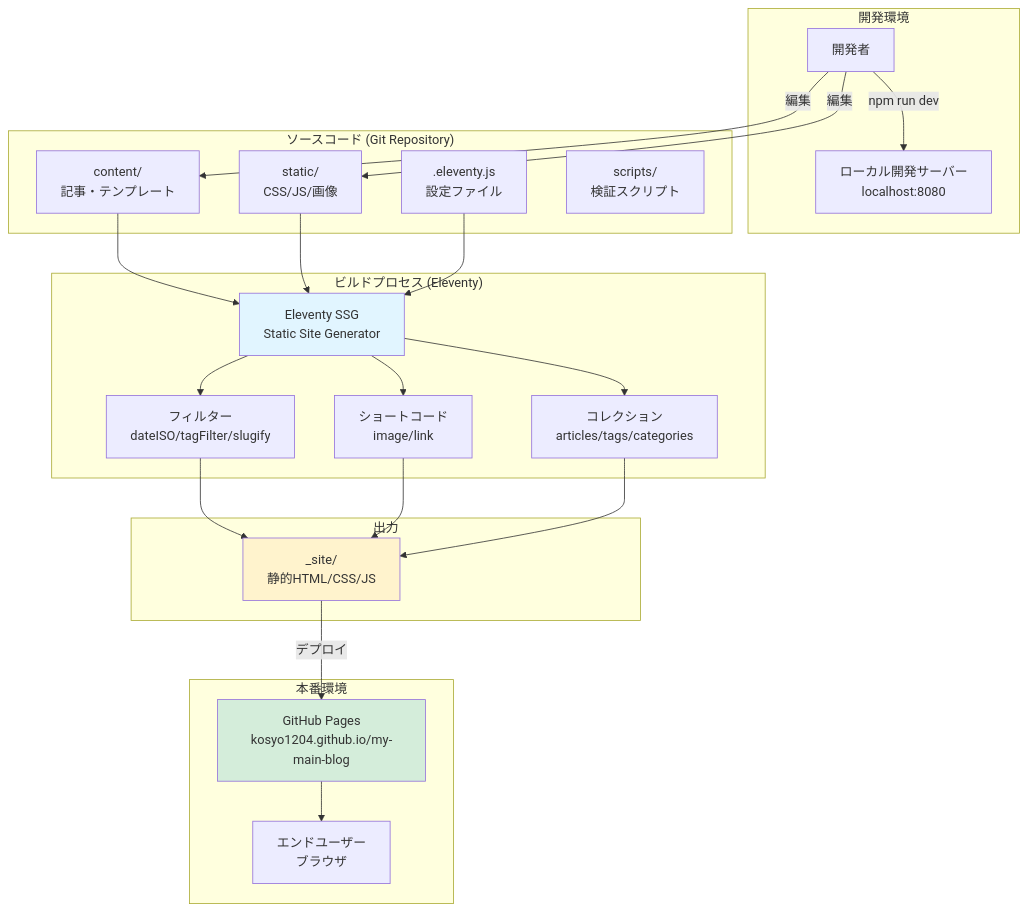
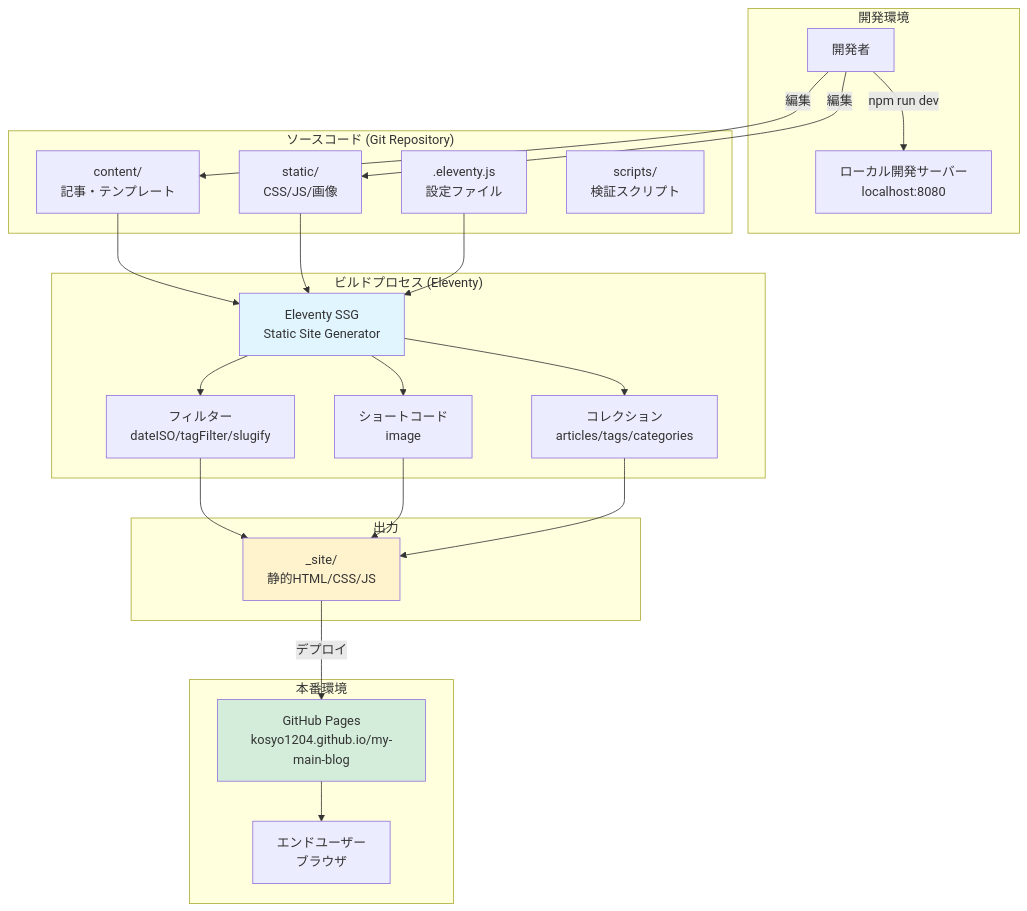
One commit to kosyo1204/my-main-blog changed the first of 4 diagrams in docs/architecture/SYSTEM_ARCHITECTURE.md. Above: the diagram before and after it, drawn with Mermaid. The commit also changed other lines of this file and 1 other file, not shown here.

Commit message:
docs: fix architecture documentation based on review feedback

````diff
--- a/docs/architecture/SYSTEM_ARCHITECTURE.md
+++ b/docs/architecture/SYSTEM_ARCHITECTURE.md
@@ -21,53 +21,53 @@
 ```mermaid
 graph TB
     subgraph "開発環境"
         DEV[開発者]
         LOCAL[ローカル開発サーバー<br/>localhost:8080]
     end
 
     subgraph "ソースコード (Git Repository)"
         CONTENT[content/<br/>記事・テンプレート]
         STATIC[static/<br/>CSS/JS/画像]
         CONFIG[.eleventy.js<br/>設定ファイル]
         SCRIPTS[scripts/<br/>検証スクリプト]
     end
 
     subgraph "ビルドプロセス (Eleventy)"
         ELEVENTY[Eleventy SSG<br/>Static Site Generator]
         FILTERS[フィルター<br/>dateISO/tagFilter/slugify]
-        SHORTCODES[ショートコード<br/>image/link]
+        SHORTCODES[ショートコード<br/>image]
         COLLECTIONS[コレクション<br/>articles/tags/categories]
     end
 
     subgraph "出力"
         SITE[_site/<br/>静的HTML/CSS/JS]
     end
 
     subgraph "本番環境"
         PAGES[GitHub Pages<br/>kosyo1204.github.io/my-main-blog]
         USERS[エンドユーザー<br/>ブラウザ]
     end
 
     DEV -->|npm run dev| LOCAL
     DEV -->|編集| CONTENT
     DEV -->|編集| STATIC
 
     CONTENT --> ELEVENTY
     STATIC --> ELEVENTY
     CONFIG --> ELEVENTY
 
     ELEVENTY --> FILTERS
     ELEVENTY --> SHORTCODES
     ELEVENTY --> COLLECTIONS
 
     FILTERS --> SITE
     SHORTCODES --> SITE
     COLLECTIONS --> SITE
 
     SITE -->|デプロイ| PAGES
     PAGES --> USERS
 
     style ELEVENTY fill:#e1f5ff
     style SITE fill:#fff3cd
     style PAGES fill:#d4edda
 ```
````
